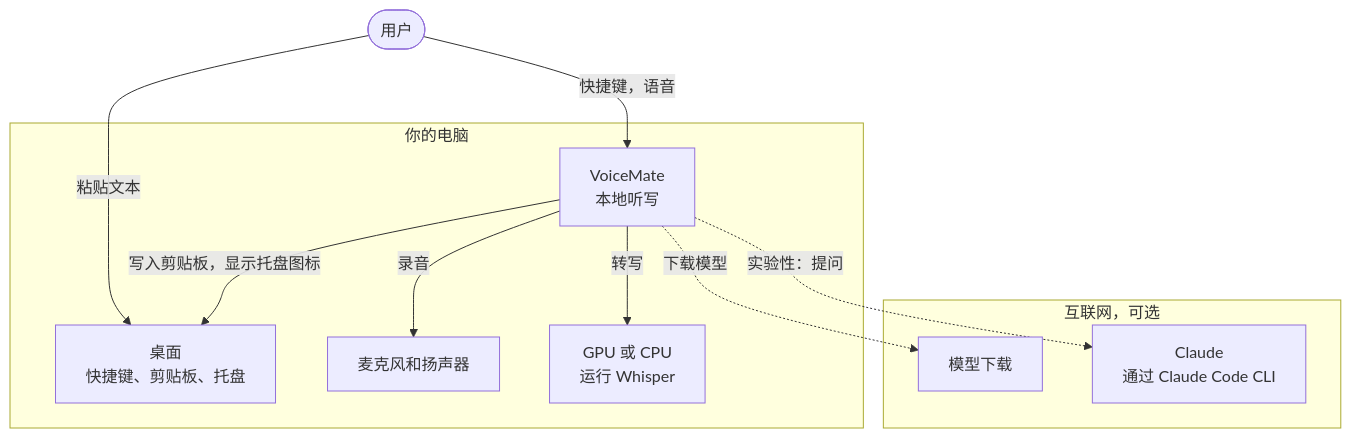
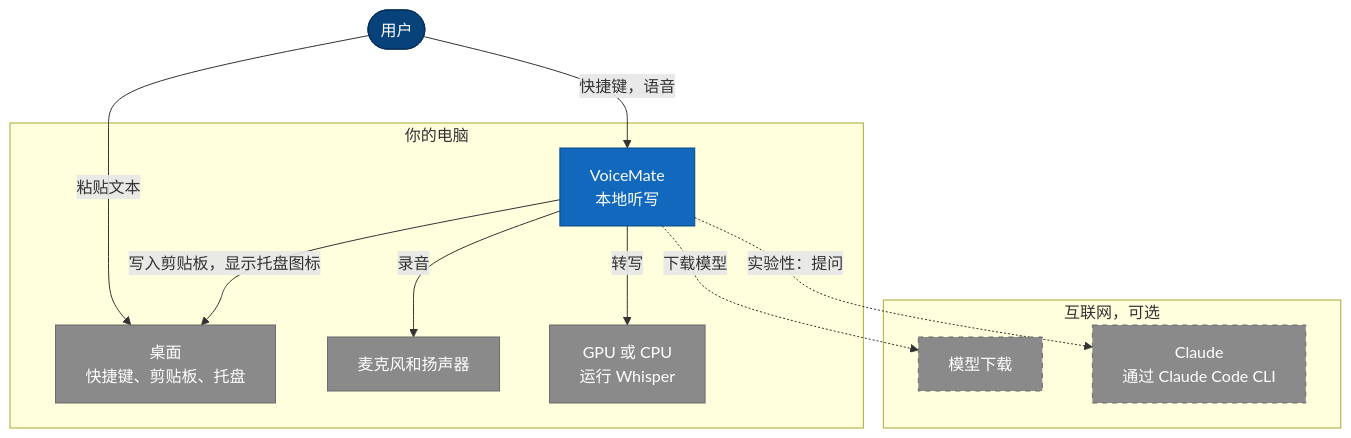
Before and after one commit to nano-br/voice-mate: the first of 6 diagrams in README.zh-CN.md, drawn with Mermaid. The commit also changed other lines of this file and 76 other files, not shown here.

````diff
--- a/README.zh-CN.md
+++ b/README.zh-CN.md
@@ -146,21 +208,36 @@
 ```mermaid
 flowchart TB
     user(["用户"])
     subgraph pc["你的电脑"]
         vm["VoiceMate<br/>本地听写"]
         desk["桌面<br/>快捷键、剪贴板、托盘"]
         audio["麦克风和扬声器"]
         gpu["GPU 或 CPU<br/>运行 Whisper"]
     end
     subgraph net["互联网，可选"]
         hub["模型下载"]
         claude["Claude<br/>通过 Claude Code CLI"]
     end
     user -->|"快捷键，语音"| vm
     user -->|"粘贴文本"| desk
     vm -->|"写入剪贴板，显示托盘图标"| desk
     vm -->|"录音"| audio
     vm -->|"转写"| gpu
     vm -.->|"下载模型"| hub
     vm -.->|"实验性：提问"| claude
+
+    classDef person fill:#08427b,stroke:#052e56,color:#ffffff
+    classDef system fill:#1168bd,stroke:#0b4884,color:#ffffff
+    classDef container fill:#438dd5,stroke:#2e6295,color:#ffffff
+    classDef component fill:#85bbf0,stroke:#5d82a8,color:#000000
+    classDef store fill:#00838f,stroke:#005f66,color:#ffffff
+    classDef external fill:#8a8a8a,stroke:#6b6b6b,color:#ffffff
+    classDef optional fill:#8a8a8a,stroke:#6b6b6b,color:#ffffff,stroke-dasharray:5 5
+    classDef ok fill:#2e7d32,stroke:#1b5e20,color:#ffffff
+    classDef warn fill:#f9a825,stroke:#c17900,color:#000000
+    classDef bad fill:#c0392b,stroke:#922b21,color:#ffffff
+    class user person
+    class vm system
+    class desk,audio,gpu external
+    class hub,claude optional
 ```
````
